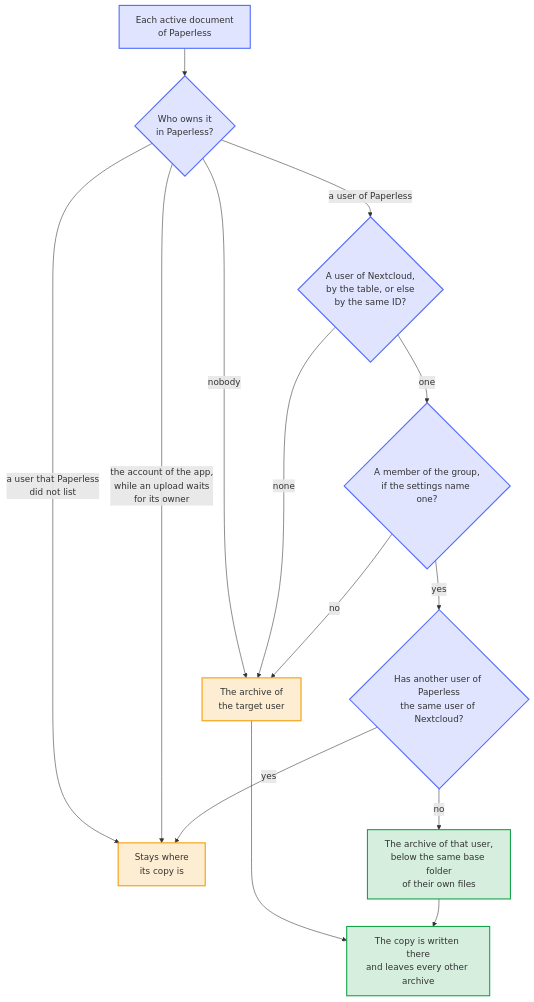
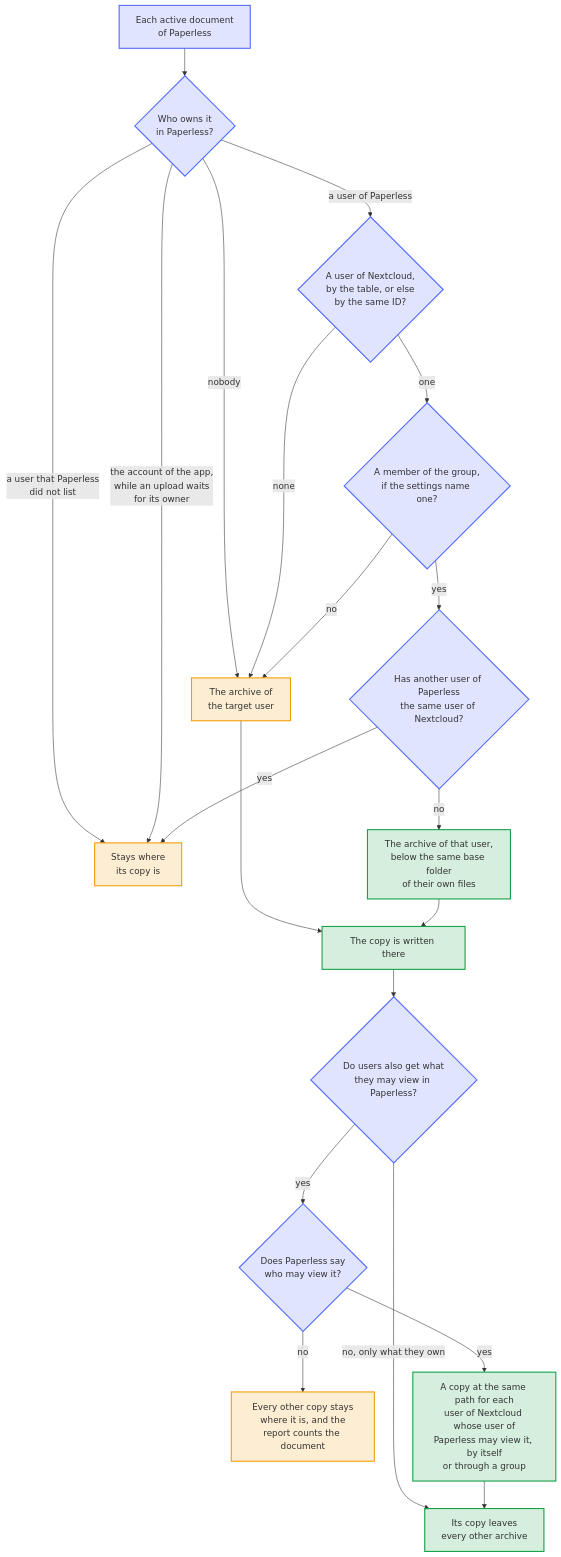
The diagram in docs/diagrams/whose-archive-a-document-goes-to.mmd (Dennis-Otto/paperless-sync), drawn with Mermaid before and after one commit. The commit also changed 58 other files, not shown here.

First line of the commit message:
feat(archive): give each user also the documents that Paperless shares with them (#312)

```diff
--- a/docs/diagrams/whose-archive-a-document-goes-to.mmd
+++ b/docs/diagrams/whose-archive-a-document-goes-to.mmd
@@ -1,23 +1,29 @@
 flowchart TB
     accTitle: Whose archive a document goes to
-    accDescr: With per-user ownership, a run asks of every active document who owns it in Paperless. A document without an owner goes to the target user. A document whose owner Paperless didn't list, or that the account of the app owns while an upload waits for its owner, stays where its copy is. For every other owner, the run looks for one user of Nextcloud: the one that the table Paperless users with another Nextcloud ID names, or else the one with the same ID, whatever its case. Without such a user, or outside the group of the setting, the document goes to the target user, so that none is lost. When another user of Paperless has the same user of Nextcloud, it stays where its copy is, as the run doesn't guess. The connection checklist names each case. Otherwise it goes to that user. Its copy is written in the archive of that user, below the same base folder of their own files, and leaves every other archive.
+    accDescr: With per-user ownership, a run asks of every active document who owns it in Paperless. A document without an owner goes to the target user. A document whose owner Paperless didn't list, or that the account of the app owns while an upload waits for its owner, stays where its copy is. For every other owner, the run looks for one user of Nextcloud: the one that the table Paperless users with another Nextcloud ID names, or else the one with the same ID, whatever its case. Without such a user, or outside the group of the setting, the document goes to the target user, so that none is lost. When another user of Paperless has the same user of Nextcloud, it stays where its copy is, as the run doesn't guess. The connection checklist names each case. Otherwise it goes to that user. Its copy is written in the archive of that user, below the same base folder of their own files. With the option that also gives users what they may view, the run then asks Paperless who may view the document. When Paperless doesn't say, every other copy stays where it is, and the report counts the document. Otherwise each user of Nextcloud whose user of Paperless may view it, by itself or through a group, gets a copy at the same path. Then its copy leaves every other archive.
 
     document["Each active document<br>of Paperless"] --> owner{"Who owns it<br>in Paperless?"}
     owner -->|nobody| target["The archive of<br>the target user"]
     owner -->|a user that Paperless<br>did not list| held["Stays where<br>its copy is"]
     owner -->|the account of the app,<br>while an upload waits<br>for its owner| held
     owner -->|a user of Paperless| match{"A user of Nextcloud,<br>by the table, or else<br>by the same ID?"}
     match -->|none| target
     match -->|one| group{"A member of the group,<br>if the settings name one?"}
     group -->|no| target
     group -->|yes| shared{"Has another user of Paperless<br>the same user of Nextcloud?"}
     shared -->|yes| held
     shared -->|no| user["The archive of that user,<br>below the same base folder<br>of their own files"]
-    target --> copy["The copy is written there<br>and leaves every other archive"]
+    target --> copy["The copy is written there"]
     user --> copy
+    copy --> option{"Do users also get what<br>they may view in Paperless?"}
+    option -->|no, only what they own| leaves["Its copy leaves<br>every other archive"]
+    option -->|yes| viewers{"Does Paperless say<br>who may view it?"}
+    viewers -->|no| stays["Every other copy stays<br>where it is, and the<br>report counts the document"]
+    viewers -->|yes| also["A copy at the same path for each<br>user of Nextcloud whose user of<br>Paperless may view it, by itself<br>or through a group"]
+    also --> leaves
     classDef check fill:#526cfe2e,stroke:#526cfe,stroke-width:2px
     classDef kept fill:#16a34a2e,stroke:#16a34a,stroke-width:2px
     classDef changed fill:#f59e0b2e,stroke:#f59e0b,stroke-width:2px
-    class document,owner,match,group,shared check
-    class user,copy kept
-    class target,held changed
+    class document,owner,match,group,shared,option,viewers check
+    class user,copy,also,leaves kept
+    class target,held,stays changed
```
